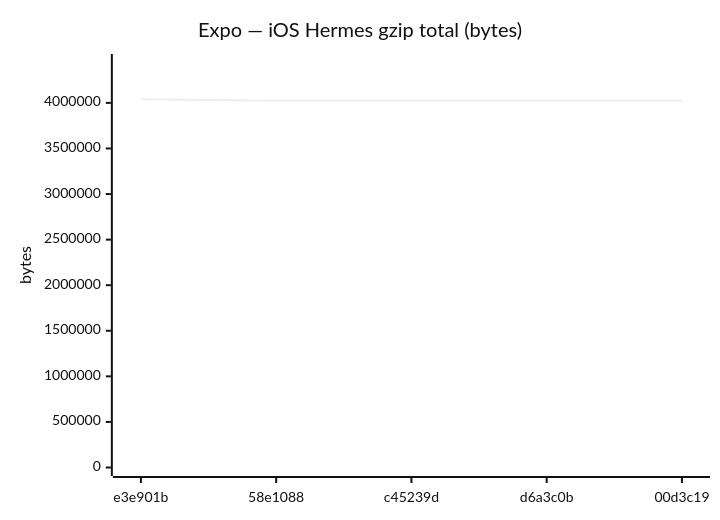
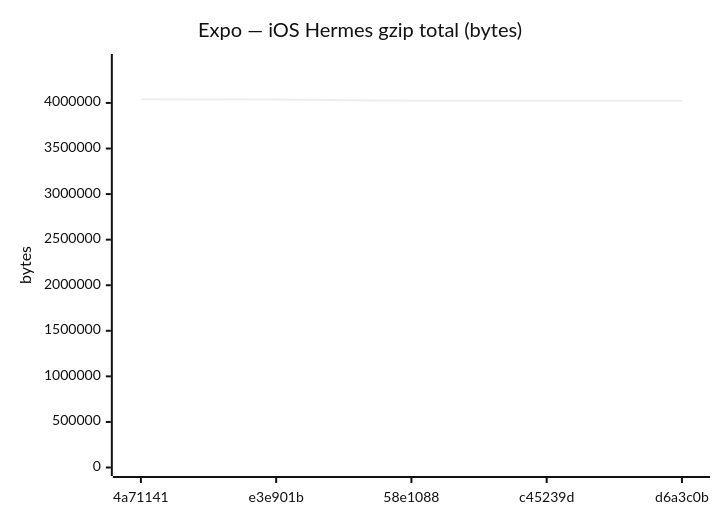
One commit to Metaheurist/Rianell changed diagram 12 of 18 in benchmarks/compare.md. Above: the diagram before and after it, drawn with Mermaid (neutral theme). The commit also changed other lines of this file and 11 other files, not shown here.

````diff
--- a/benchmarks/compare.md
+++ b/benchmarks/compare.md
@@ -179,7 +179,7 @@
 ```mermaid
 xychart-beta
     title "Expo — iOS Hermes gzip total (bytes)"
-    x-axis ["e3e901b", "58e1088", "c45239d", "d6a3c0b", "00d3c19"]
-    y-axis "bytes" 0 --> 4443097
-    line [4039179, 4023650, 4023650, 4023645, 4024761]
+    x-axis ["4a71141", "e3e901b", "58e1088", "c45239d", "d6a3c0b"]
+    y-axis "bytes" 0 --> 4443790
+    line [4039809, 4039179, 4023650, 4023650, 4023645]
 ```
````
